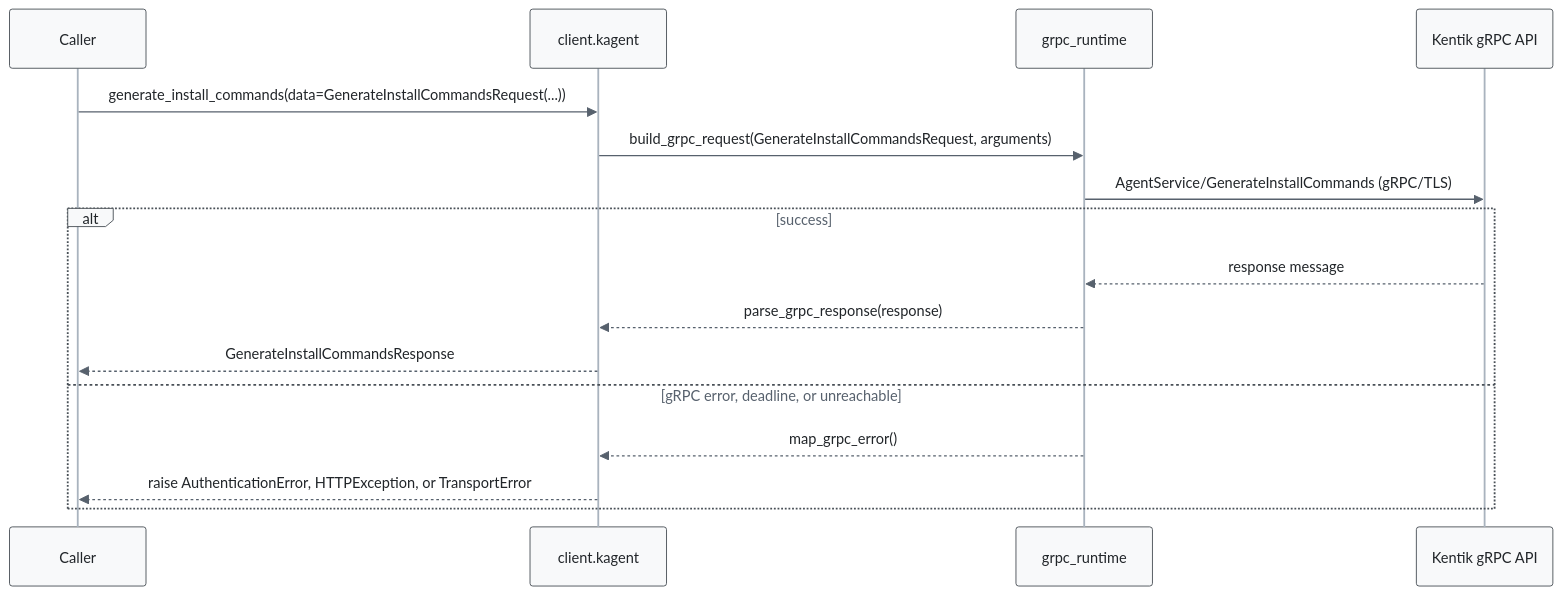
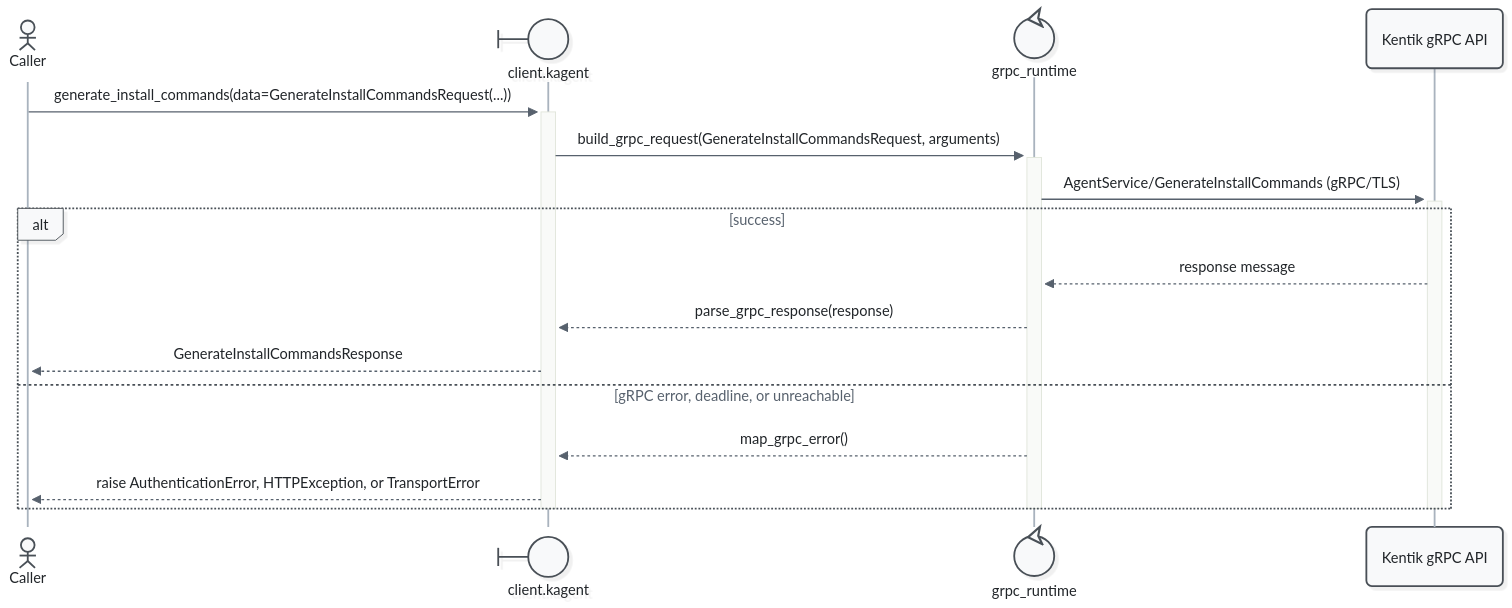
Before and after one commit to alexdearaujo/community_sdk_python: the eighth of 57 diagrams in docs/sphinx/services/kagent.md, drawn with Mermaid. The commit also changed other lines of this file and 52 other files, not shown here.

First line of the commit message:
docs: Mermaid 12 sequence diagrams with participant types and path colors

````diff
--- a/docs/sphinx/services/kagent.md
+++ b/docs/sphinx/services/kagent.md
@@ -293,20 +310,23 @@
 ```mermaid
-%%{init: {"theme": "base", "fontFamily": "ui-monospace, SFMono-Regular, Menlo, monospace", "themeVariables": {"fontFamily": "ui-monospace, SFMono-Regular, Menlo, monospace", "primaryColor": "#f8f9fa", "primaryBorderColor": "#495057", "primaryTextColor": "#212529", "textColor": "#212529", "lineColor": "#77818c", "edgeLabelBackground": "#ffffff", "actorBkg": "#f8f9fa", "actorBorder": "#495057", "actorTextColor": "#212529", "actorLineColor": "#a9b3be", "signalColor": "#57616d", "signalTextColor": "#212529", "labelBoxBkgColor": "#f8f9fa", "labelBoxBorderColor": "#495057", "labelTextColor": "#212529", "loopTextColor": "#57616d", "noteBkgColor": "#fff9db", "noteBorderColor": "#f08c00", "noteTextColor": "#a35a00"}, "flowchart": {"curve": "step", "nodeSpacing": 30, "rankSpacing": 70, "wrappingWidth": 400}}}%%
+%%{init: {"theme": "redux", "look": "neo", "layout": "dagre", "fontFamily": "ui-monospace, SFMono-Regular, Menlo, monospace", "themeVariables": {"fontFamily": "ui-monospace, SFMono-Regular, Menlo, monospace", "primaryColor": "#f8f9fa", "primaryBorderColor": "#495057", "primaryTextColor": "#212529", "textColor": "#212529", "lineColor": "#77818c", "edgeLabelBackground": "#ffffff", "actorBkg": "#f8f9fa", "actorBorder": "#495057", "actorTextColor": "#212529", "actorLineColor": "#a9b3be", "signalColor": "#57616d", "signalTextColor": "#212529", "labelBoxBkgColor": "#f8f9fa", "labelBoxBorderColor": "#495057", "labelTextColor": "#212529", "loopTextColor": "#57616d", "noteBkgColor": "#fff9db", "noteBorderColor": "#f08c00", "noteTextColor": "#a35a00"}, "sequence": {"activationWidth": 16}, "flowchart": {"curve": "step", "nodeSpacing": 30, "rankSpacing": 70, "wrappingWidth": 400}}}%%
 sequenceDiagram
-    participant C as Caller
-    participant W as client.kagent
-    participant R as grpc_runtime
+    actor C as Caller
+    participant W@{ "type": "boundary" } as client.kagent
+    participant R@{ "type": "control" } as grpc_runtime
     participant API as Kentik gRPC API
 
-    C->>W: generate_install_commands(data=GenerateInstallCommandsRequest(...))
-    W->>R: build_grpc_request(GenerateInstallCommandsRequest, arguments)
-    R->>API: AgentService/GenerateInstallCommands (gRPC/TLS)
+    C->>+W: generate_install_commands(data=GenerateInstallCommandsRequest(...))
+    W->>+R: build_grpc_request(GenerateInstallCommandsRequest, arguments)
+    R->>+API: AgentService/GenerateInstallCommands (gRPC/TLS)
     alt success
         API-->>R: response message
         R-->>W: parse_grpc_response(response)
         W-->>C: GenerateInstallCommandsResponse
     else gRPC error, deadline, or unreachable
         R-->>W: map_grpc_error()
         W-->>C: raise AuthenticationError, HTTPException, or TransportError
     end
+    deactivate API
+    deactivate R
+    deactivate W
 ```
````
